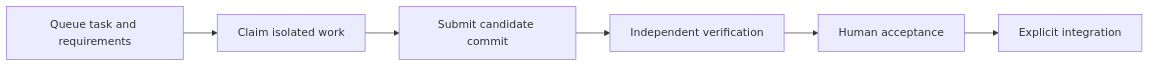
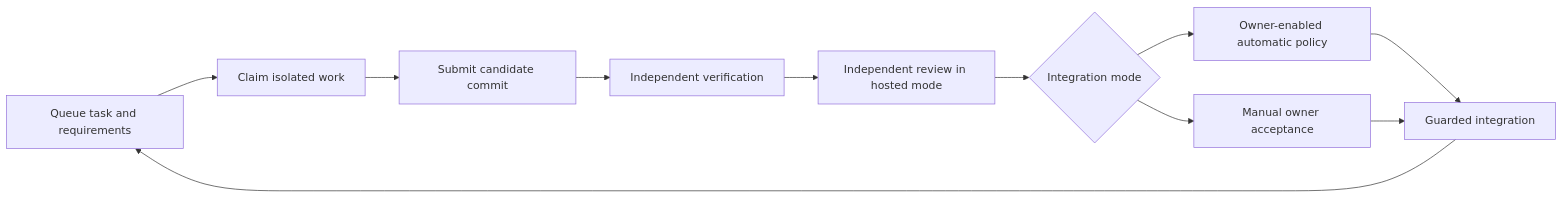
Before and after one commit to wornpage/projects-git: the diagram in docs/source-map.md, drawn with Mermaid. The commit also changed other lines of this file and 12 other files, not shown here.

````diff
--- a/docs/source-map.md
+++ b/docs/source-map.md
@@ -80,8 +80,13 @@
 ```mermaid
 flowchart LR
     Task[Queue task and requirements] --> Claim[Claim isolated work]
     Claim --> Commit[Submit candidate commit]
     Commit --> Verify[Independent verification]
-    Verify --> Accept[Human acceptance]
-    Accept --> Merge[Explicit integration]
+    Verify --> Review[Independent review in hosted mode]
+    Review --> Mode{Integration mode}
+    Mode --> Policy[Owner-enabled automatic policy]
+    Mode --> Accept[Manual owner acceptance]
+    Policy --> Merge[Guarded integration]
+    Accept --> Merge
+    Merge --> Task
 ```
````
